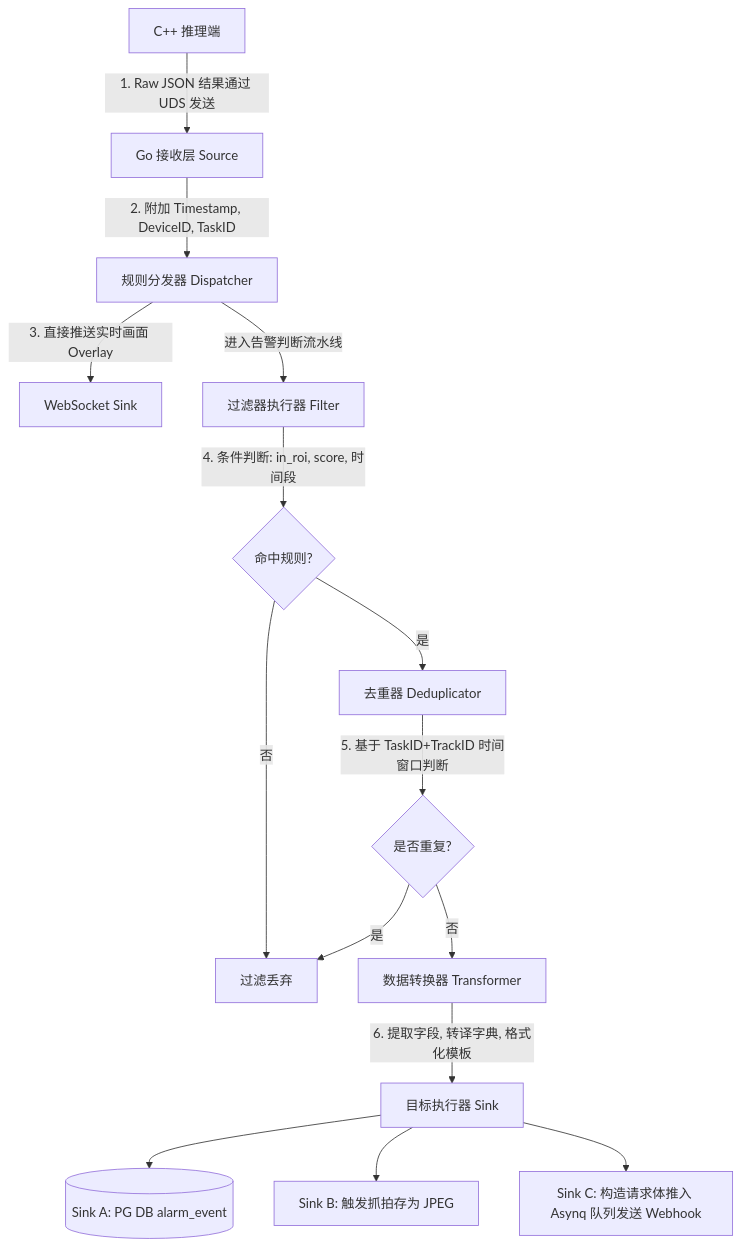
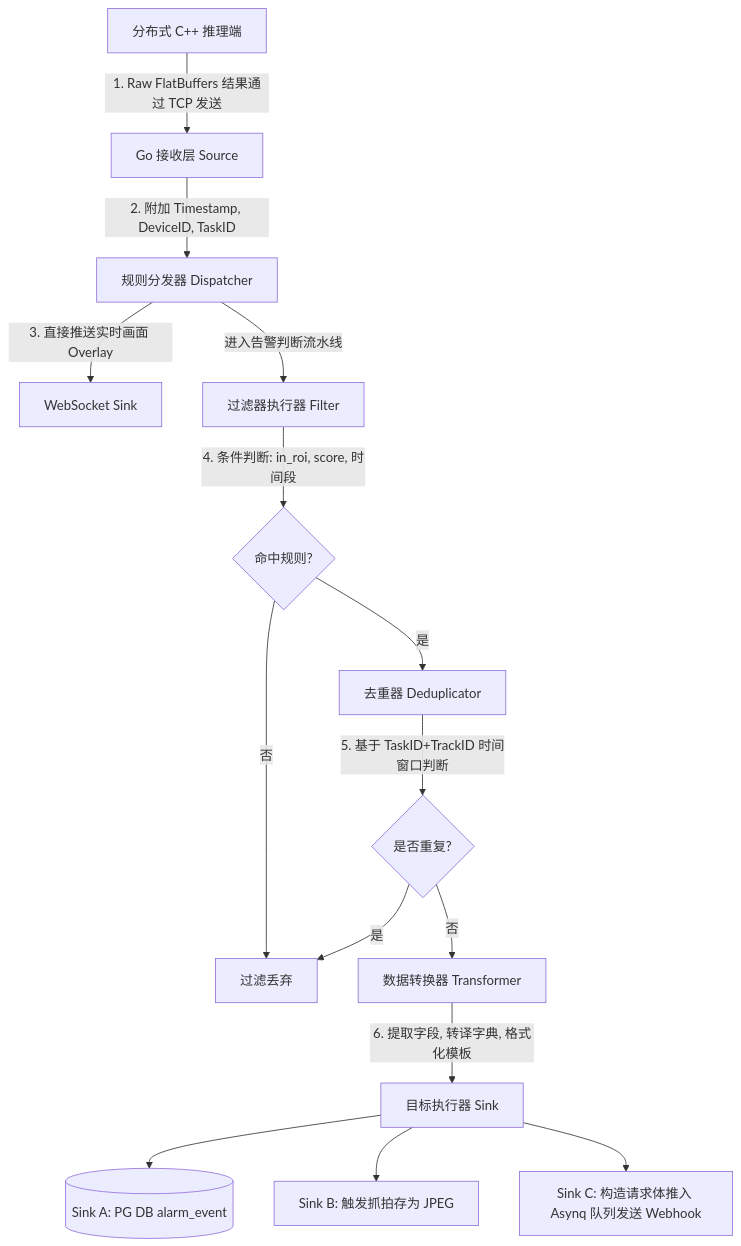
Before and after one commit to nikonikowuw/aivisioninference: the eighth of 8 diagrams in prd/prd-draft.md, drawn with Mermaid. The commit also changed other lines of this file and 2 other files, not shown here.

First line of the commit message:
docs(architecture): refactor C++ engine architecture from UDS multi-process to TCP single-process multi-thread

````diff
--- a/prd/prd-draft.md
+++ b/prd/prd-draft.md
@@ -2584,17 +2585,17 @@
 ```mermaid
 graph TD
-    A[C++ 推理端] -->|1. Raw JSON 结果通过 UDS 发送| B[Go 接收层 Source]
+    A[分布式 C++ 推理端] -->|1. Raw FlatBuffers 结果通过 TCP 发送| B[Go 接收层 Source]
     B -->|2. 附加 Timestamp, DeviceID, TaskID| C[规则分发器 Dispatcher]
     C -->|3. 直接推送实时画面 Overlay| D[WebSocket Sink]
     C -->|进入告警判断流水线| E[过滤器执行器 Filter]
     E -->|4. 条件判断: in_roi, score, 时间段| F{命中规则?}
     F -->|否| G[过滤丢弃]
     F -->|是| H[去重器 Deduplicator]
     H -->|5. 基于 TaskID+TrackID 时间窗口判断| I{是否重复?}
     I -->|是| G
     I -->|否| J[数据转换器 Transformer]
     J -->|6. 提取字段, 转译字典, 格式化模板| K[目标执行器 Sink]
     K --> L[(Sink A: PG DB alarm_event)]
     K --> M[Sink B: 触发抓拍存为 JPEG]
     K --> N[Sink C: 构造请求体推入 Asynq 队列发送 Webhook]
 ```
````
